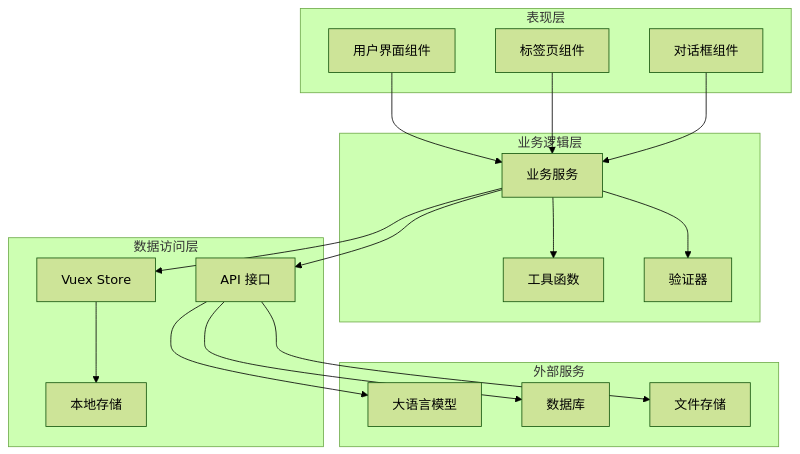
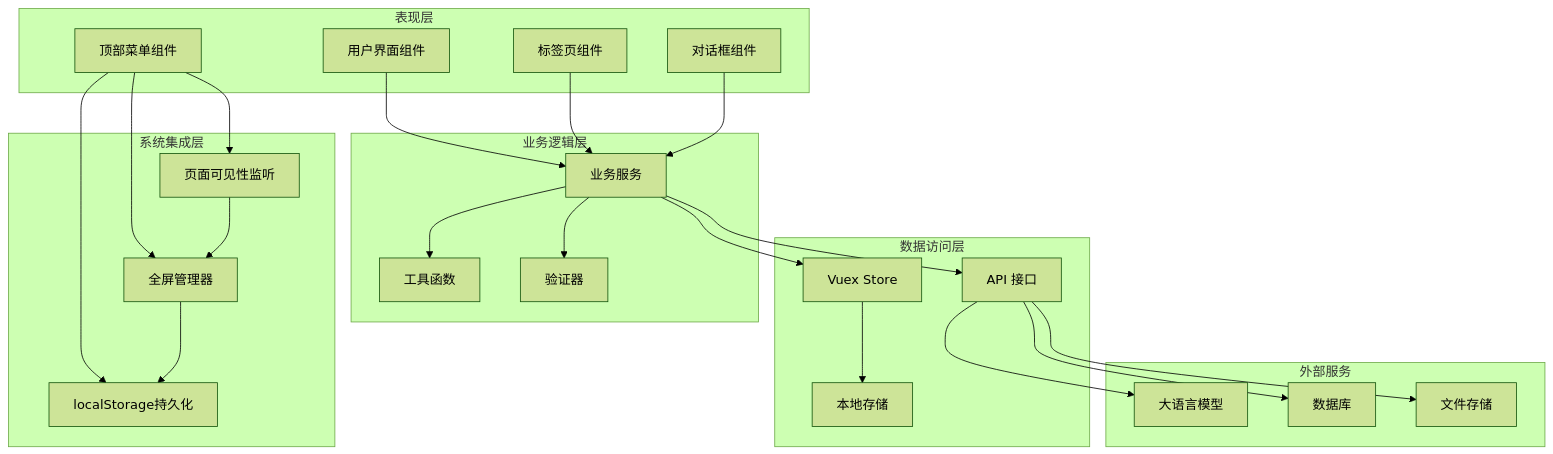
Before and after one commit to liuzh2008/med_ai_assistant_workspace: the second of 9 diagrams in .qoder/repowiki/zh/content/Vue Component Documentation/Vue Component Documentation.md, drawn with Mermaid (forest theme). The commit also changed other lines of this file and 6 other files, not shown here.

````diff
--- a/.qoder/repowiki/zh/content/Vue Component Documentation/Vue Component Documentation.md
+++ b/.qoder/repowiki/zh/content/Vue Component Documentation/Vue Component Documentation.md
@@ -116,34 +144,45 @@
 ```mermaid
 graph TB
 subgraph "表现层"
 UI[用户界面组件]
 Tabs[标签页组件]
 Dialog[对话框组件]
+TopMenu[顶部菜单组件]
 end
 subgraph "业务逻辑层"
 Services[业务服务]
 Utils[工具函数]
 Validators[验证器]
 end
 subgraph "数据访问层"
 API[API 接口]
 Store[Vuex Store]
 Storage[本地存储]
 end
+subgraph "系统集成层"
+Fullscreen[全屏管理器]
+Visibility[页面可见性监听]
+LocalStorage[localStorage持久化]
+end
 subgraph "外部服务"
 LLM[大语言模型]
 Database[数据库]
 FileStorage[文件存储]
 end
 UI --> Services
 Tabs --> Services
 Dialog --> Services
+TopMenu --> Fullscreen
+TopMenu --> Visibility
+TopMenu --> LocalStorage
 Services --> API
 Services --> Utils
 Services --> Validators
 API --> LLM
 API --> Database
 API --> FileStorage
 Services --> Store
 Store --> Storage
+Fullscreen --> LocalStorage
+Visibility --> Fullscreen
 ```
````
